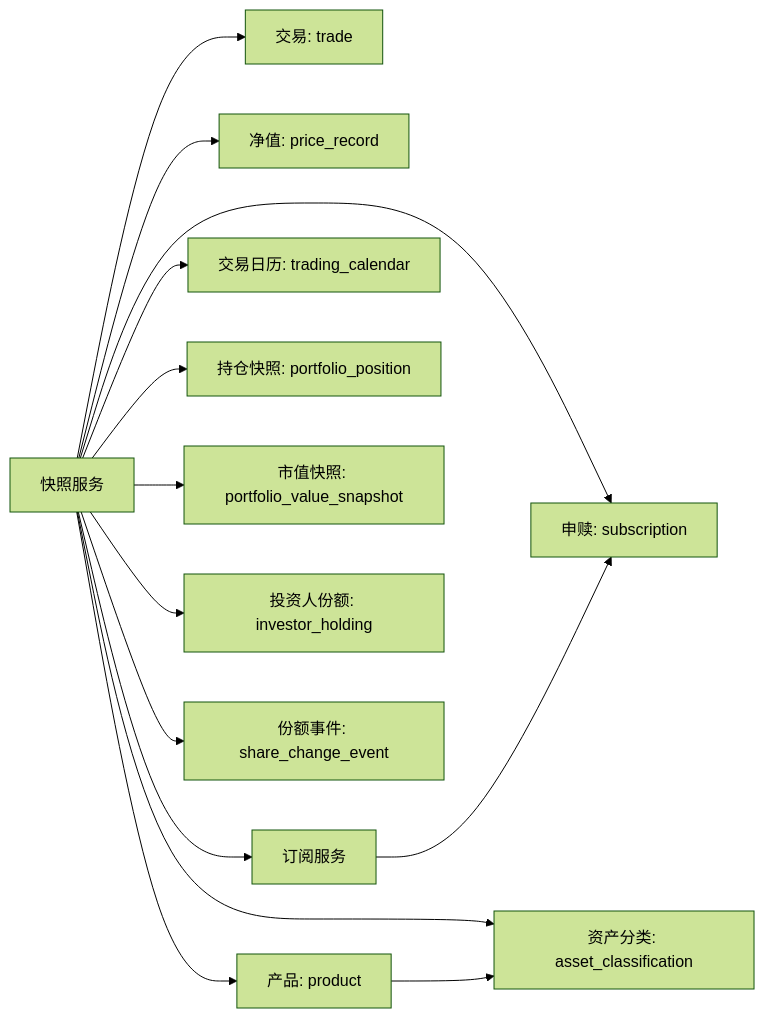
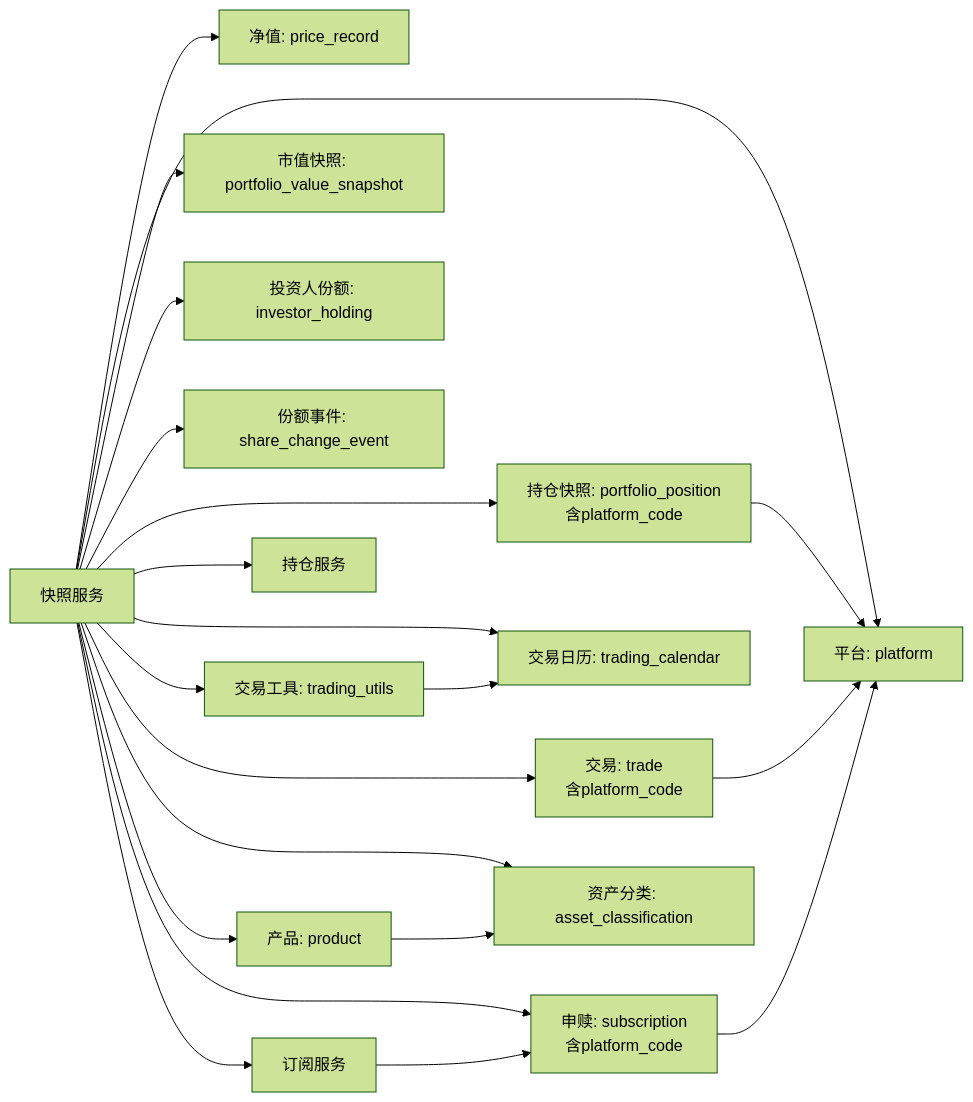
The fourth of 4 diagrams in .qoder/repowiki/zh/content/核心业务功能/净值快照系统.md (gujialind/InvestRing), drawn with Mermaid (forest theme) before and after one commit. The commit also changed other lines of this file and 42 other files, not shown here.

````diff
--- a/.qoder/repowiki/zh/content/核心业务功能/净值快照系统.md
+++ b/.qoder/repowiki/zh/content/核心业务功能/净值快照系统.md
@@ -392,16 +442,23 @@
 ```mermaid
 graph LR
-Service["快照服务"] --> Trade["交易: trade"]
-Service --> Sub["申赎: subscription"]
+Service["快照服务"] --> Trade["交易: trade<br/>含platform_code"]
+Service --> Sub["申赎: subscription<br/>含platform_code"]
 Service --> Price["净值: price_record"]
 Service --> Prod["产品: product"]
 Service --> Cal["交易日历: trading_calendar"]
-Service --> Pos["持仓快照: portfolio_position"]
+Service --> Pos["持仓快照: portfolio_position<br/>含platform_code"]
 Service --> Val["市值快照: portfolio_value_snapshot"]
 Service --> Hold["投资人份额: investor_holding"]
 Service --> Event["份额事件: share_change_event"]
 Service --> AssetClass["资产分类: asset_classification"]
+Service --> Platform["平台: platform"]
 Service --> SubService["订阅服务"]
+Service --> PositionService["持仓服务"]
+Service --> TradingUtils["交易工具: trading_utils"]
 SubService --> Sub
 Prod --> AssetClass
+Pos --> Platform
+Trade --> Platform
+Sub --> Platform
+TradingUtils --> Cal
 ```
````
